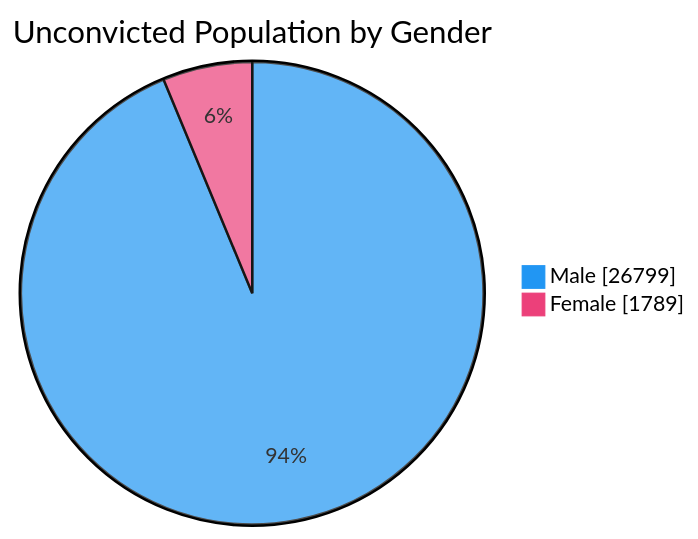
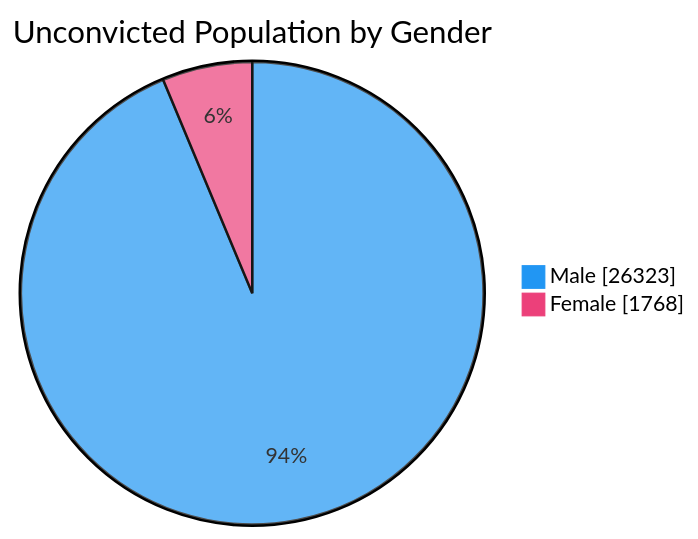
One commit to nuuuwan/lk_prisons changed the fourth of 7 diagrams in README.md. Above: the diagram before and after it, drawn with Mermaid. The commit also changed other lines of this file and 1 other file, not shown here.

````diff
--- a/README.md
+++ b/README.md
@@ -76,6 +76,6 @@
 ```mermaid
 %%{init: {'themeVariables': {'pie1': '#2196F3', 'pie2': '#EC407A'}}}%%
 pie showData title Unconvicted Population by Gender
-    "Male" : 26799
-    "Female" : 1789
+    "Male" : 26323
+    "Female" : 1768
 ```
````
